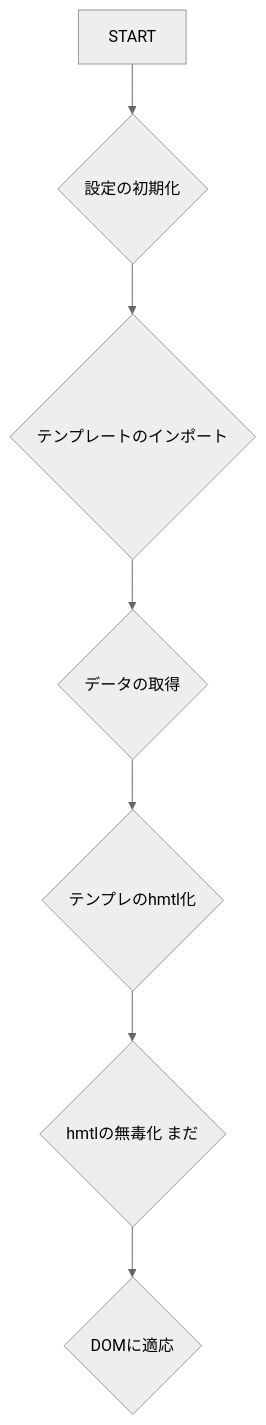
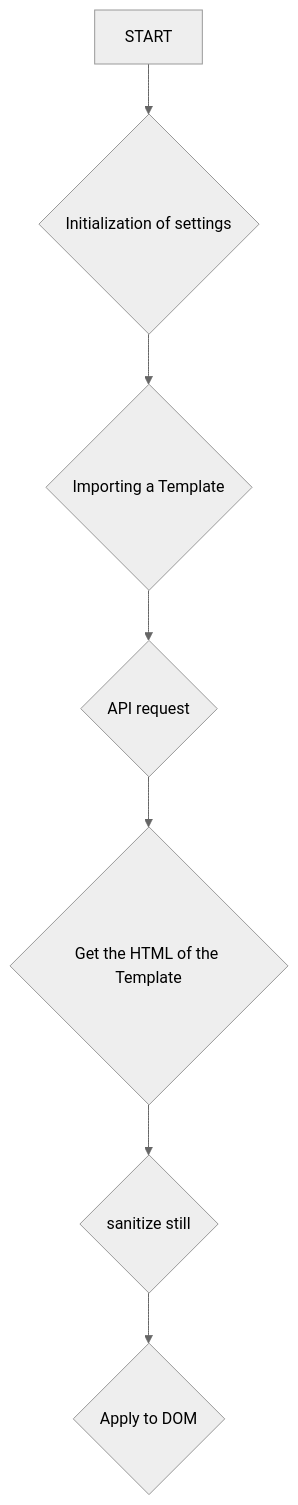
One commit to sika7/universal-ad-engine changed the diagram in README.md. Above: the diagram before and after it, drawn with Mermaid (neutral theme). The commit also changed other lines of this file, not shown here.

Commit message:
READMEを更新

````diff
--- a/README.md
+++ b/README.md
@@ -9,9 +11,9 @@
 ```mermaid
 flowchart TD
-  START --> A{設定の初期化}
-  A --> B{テンプレートのインポート}
-  B --> C{データの取得}
-  C --> D{テンプレのhmtl化}
-  D --> F{hmtlの無毒化 まだ}
-  F --> G{DOMに適応}
+  START --> A{Initialization of settings}
+  A --> B{Importing a Template}
+  B --> C{API request}
+  C --> D{Get the HTML of the Template}
+  D --> F{sanitize still}
+  F --> G{Apply to DOM}
 ```
````
